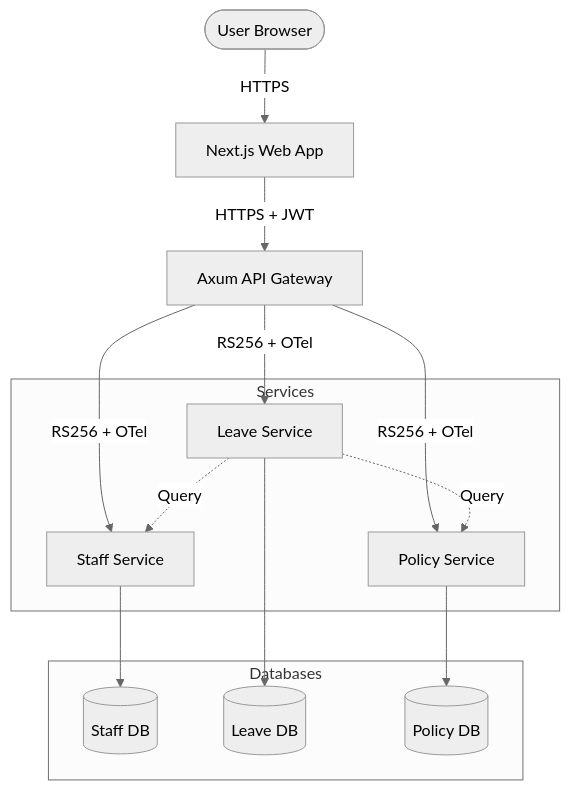
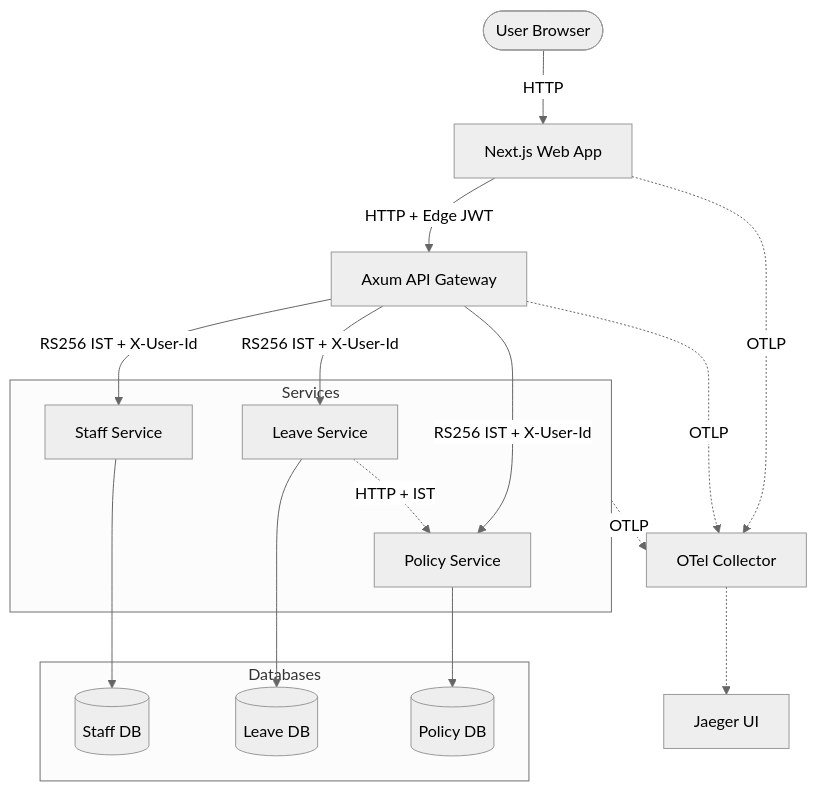
One commit to democryst/leave-management changed the diagram in tech/design.md. Above: the diagram before and after it, drawn with Mermaid (neutral theme). The commit also changed other lines of this file and 40 other files, not shown here.

````diff
--- a/tech/design.md
+++ b/tech/design.md
@@ -4,32 +4,38 @@
 ```mermaid
 graph TD
     User([User Browser])
     Web[Next.js Web App]
     Gateway[Axum API Gateway]
+    Collector[OTel Collector]
+    Jaeger[Jaeger UI]
     
     subgraph Services
         Staff[Staff Service]
         Leave[Leave Service]
         Policy[Policy Service]
     end
     
     subgraph Databases
         StaffDB[(Staff DB)]
         LeaveDB[(Leave DB)]
         PolicyDB[(Policy DB)]
     end
     
-    User -->|HTTPS| Web
-    Web -->|HTTPS + JWT| Gateway
+    User -->|HTTP| Web
+    Web -->|HTTP + Edge JWT| Gateway
     
-    Gateway -->|RS256 + OTel| Staff
-    Gateway -->|RS256 + OTel| Leave
-    Gateway -->|RS256 + OTel| Policy
+    Gateway -->|RS256 IST + X-User-Id| Staff
+    Gateway -->|RS256 IST + X-User-Id| Leave
+    Gateway -->|RS256 IST + X-User-Id| Policy
     
     Staff --> StaffDB
     Leave --> LeaveDB
     Policy --> PolicyDB
     
-    Leave -.->|Query| Staff
-    Leave -.->|Query| Policy
+    Leave -.->|HTTP + IST| Policy
+    
+    Services -.->|OTLP| Collector
+    Web -.->|OTLP| Collector
+    Gateway -.->|OTLP| Collector
+    Collector -.-> Jaeger
 ```
````
